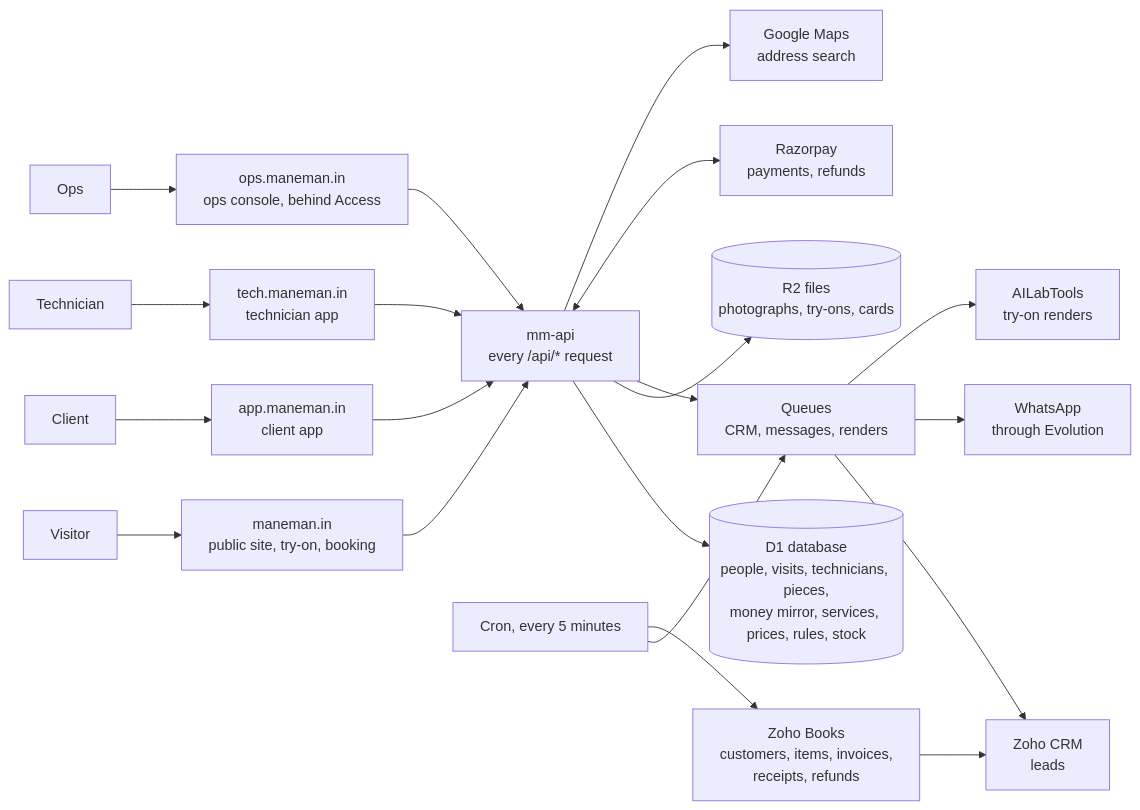
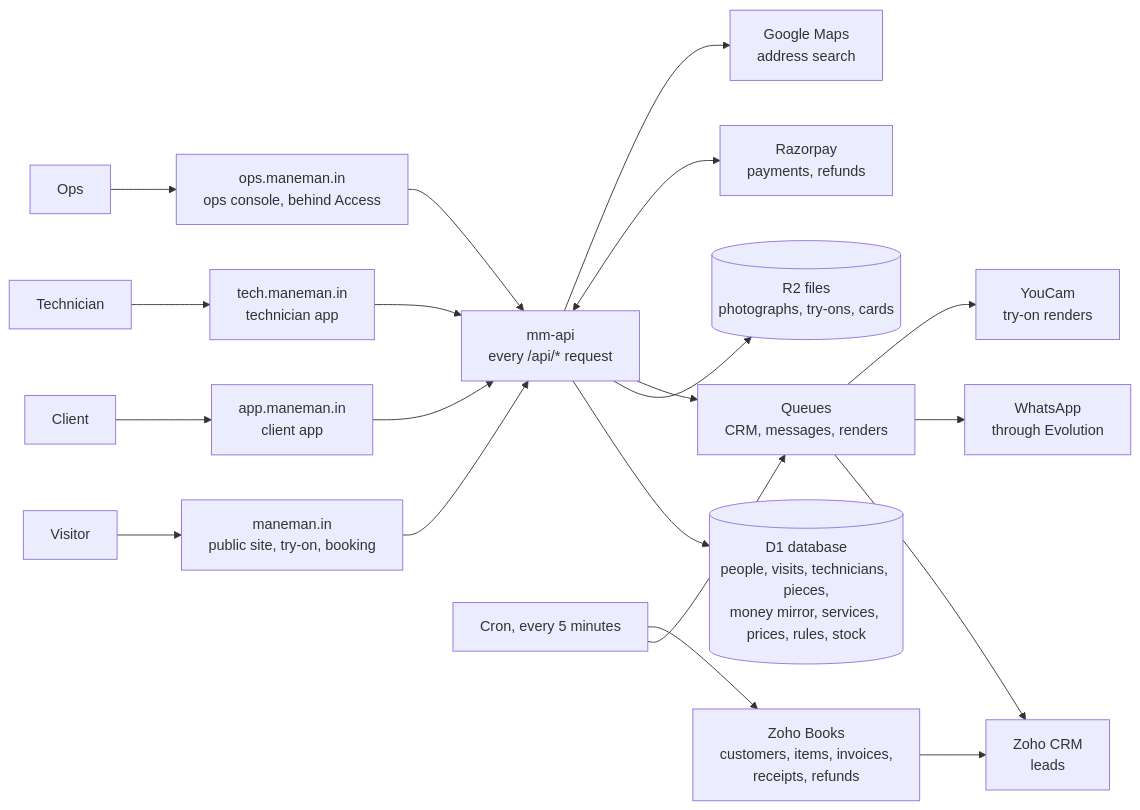
Before and after one commit to techadmin-maneman/web: the diagram in docs/walkthrough.md, drawn with Mermaid. The commit also changed other lines of this file and 96 other files, not shown here.

Commit message:
wip: the try-on on YouCam, AILabTools gone

````diff
--- a/docs/walkthrough.md
+++ b/docs/walkthrough.md
@@ -7,22 +7,22 @@
 ```mermaid
 flowchart LR
   V[Visitor] --> SITE["maneman.in<br/>public site, try-on, booking"]
   C[Client] --> APP["app.maneman.in<br/>client app"]
   T[Technician] --> TECH["tech.maneman.in<br/>technician app"]
   O[Ops] --> OPS["ops.maneman.in<br/>ops console, behind Access"]
   SITE --> API
   APP --> API
   TECH --> API
   OPS --> API
   API["mm-api<br/>every /api/* request"] --> D1[("D1 database<br/>people, visits, technicians, pieces,<br/>money mirror, services, prices, rules, stock")]
   API --> R2[("R2 files<br/>photographs, try-ons, cards")]
   API --> Q["Queues<br/>CRM, messages, renders"]
   CRON["Cron, every 5 minutes"] --> Q
   Q --> CRM["Zoho CRM<br/>leads"]
   CRON --> BOOKS["Zoho Books<br/>customers, items, invoices,<br/>receipts, refunds"]
   BOOKS --> CRM
   Q --> WA["WhatsApp<br/>through Evolution"]
-  Q --> AIL["AILabTools<br/>try-on renders"]
+  Q --> YC["YouCam<br/>try-on renders"]
   API <--> RZP["Razorpay<br/>payments, refunds"]
   API --> GMAP["Google Maps<br/>address search"]
 ```
````
